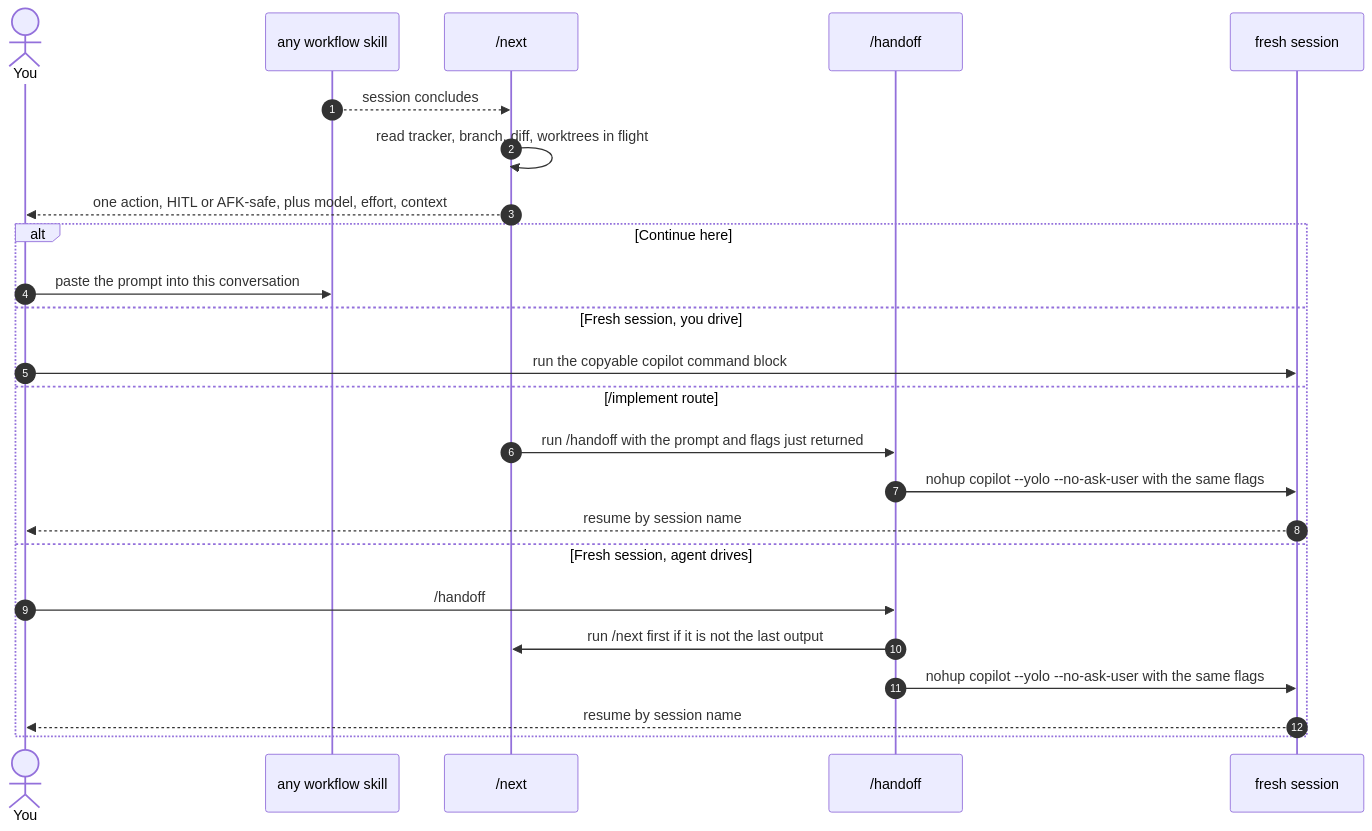
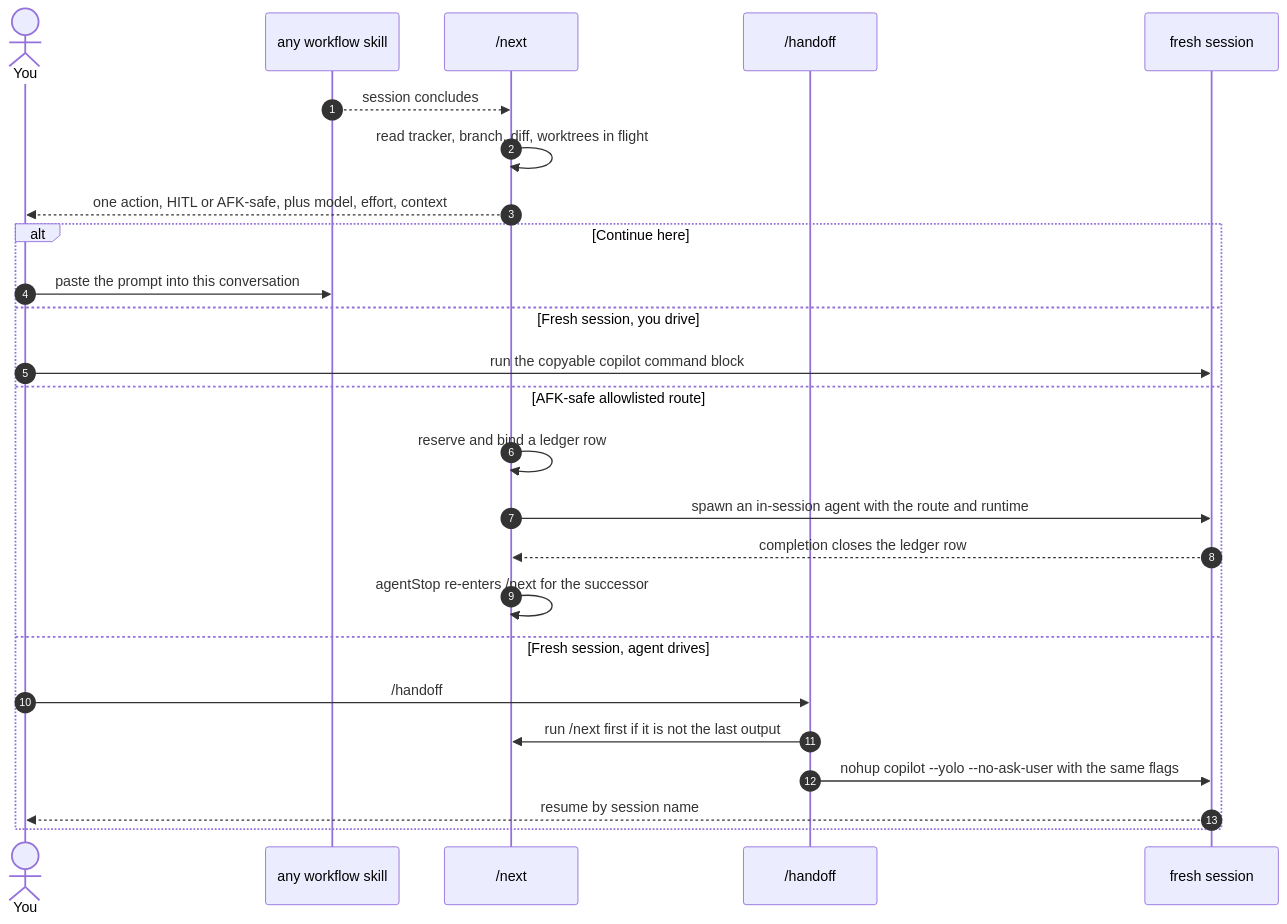
Before and after one commit to bradcstevens/git-loopy-skills: the third of 12 diagrams in docs/skill-connections.md, drawn with Mermaid. The commit also changed other lines of this file and 2 other files, not shown here.

Commit message:
docs: describe next chain spawning

````diff
--- a/docs/skill-connections.md
+++ b/docs/skill-connections.md
@@ -157,28 +171,29 @@
 ```mermaid
 sequenceDiagram
     autonumber
     actor U as You
     participant SK as any workflow skill
     participant NX as /next
     participant HO as /handoff
     participant BG as fresh session
 
     SK-->>NX: session concludes
     NX->>NX: read tracker, branch, diff, worktrees in flight
     NX-->>U: one action, HITL or AFK-safe, plus model, effort, context
 
     alt Continue here
         U->>SK: paste the prompt into this conversation
     else Fresh session, you drive
         U->>BG: run the copyable copilot command block
-    else /implement route
-        NX->>HO: run /handoff with the prompt and flags just returned
-        HO->>BG: nohup copilot --yolo --no-ask-user with the same flags
-        BG-->>U: resume by session name
+    else AFK-safe allowlisted route
+        NX->>NX: reserve and bind a ledger row
+        NX->>BG: spawn an in-session agent with the route and runtime
+        BG-->>NX: completion closes the ledger row
+        NX->>NX: agentStop re-enters /next for the successor
     else Fresh session, agent drives
         U->>HO: /handoff
         HO->>NX: run /next first if it is not the last output
         HO->>BG: nohup copilot --yolo --no-ask-user with the same flags
         BG-->>U: resume by session name
     end
 ```
````
